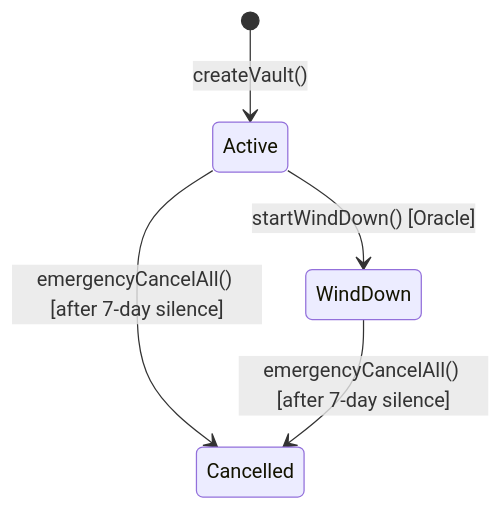
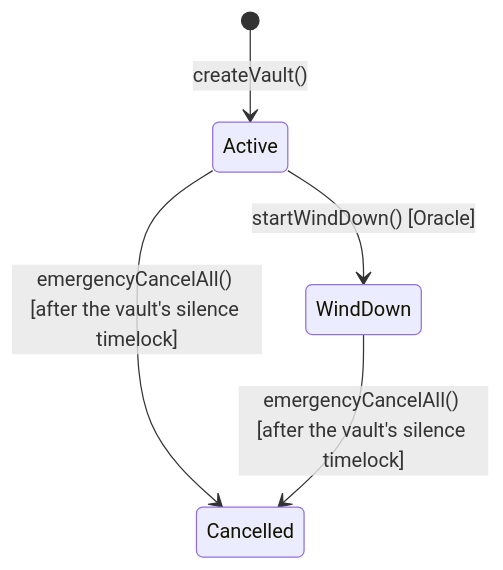
Before and after one commit to ProphetMarket/lp-vaults: the first of 15 diagrams in FLOWS.md, drawn with Mermaid. The commit also changed other lines of this file and 4 other files, not shown here.

````diff
--- a/FLOWS.md
+++ b/FLOWS.md
@@ -29,7 +29,7 @@
 ```mermaid
 stateDiagram-v2
     [*] --> Active : createVault()
     Active --> WindDown : startWindDown() [Oracle]
-    Active --> Cancelled : emergencyCancelAll() [after 7-day silence]
-    WindDown --> Cancelled : emergencyCancelAll() [after 7-day silence]
+    Active --> Cancelled : emergencyCancelAll() [after the vault's silence timelock]
+    WindDown --> Cancelled : emergencyCancelAll() [after the vault's silence timelock]
 ```
````
